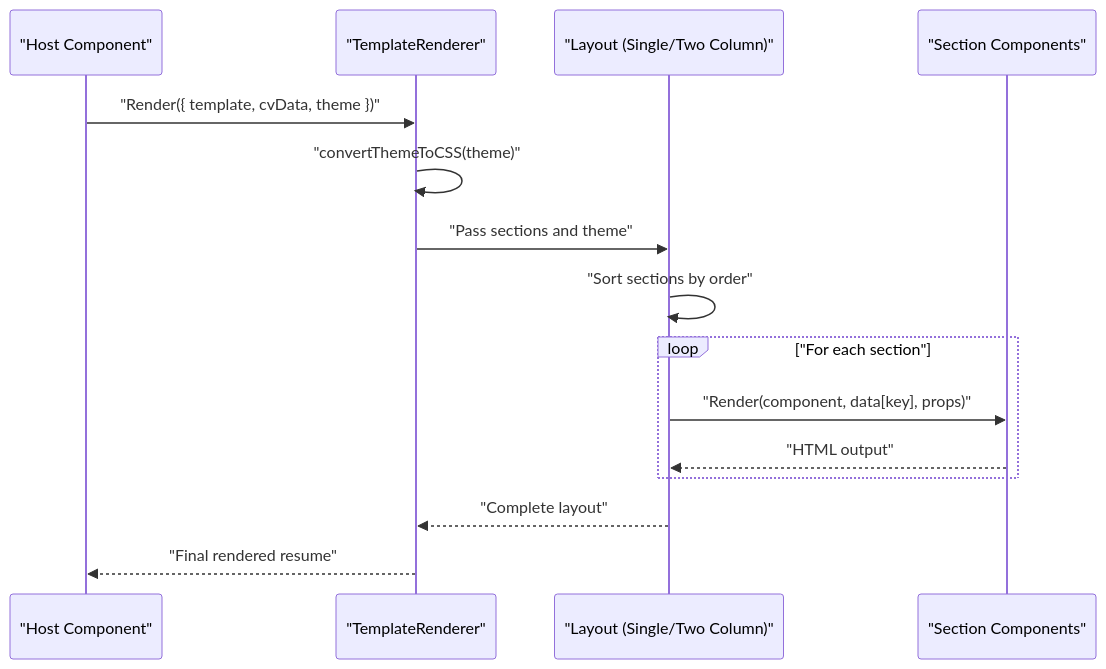
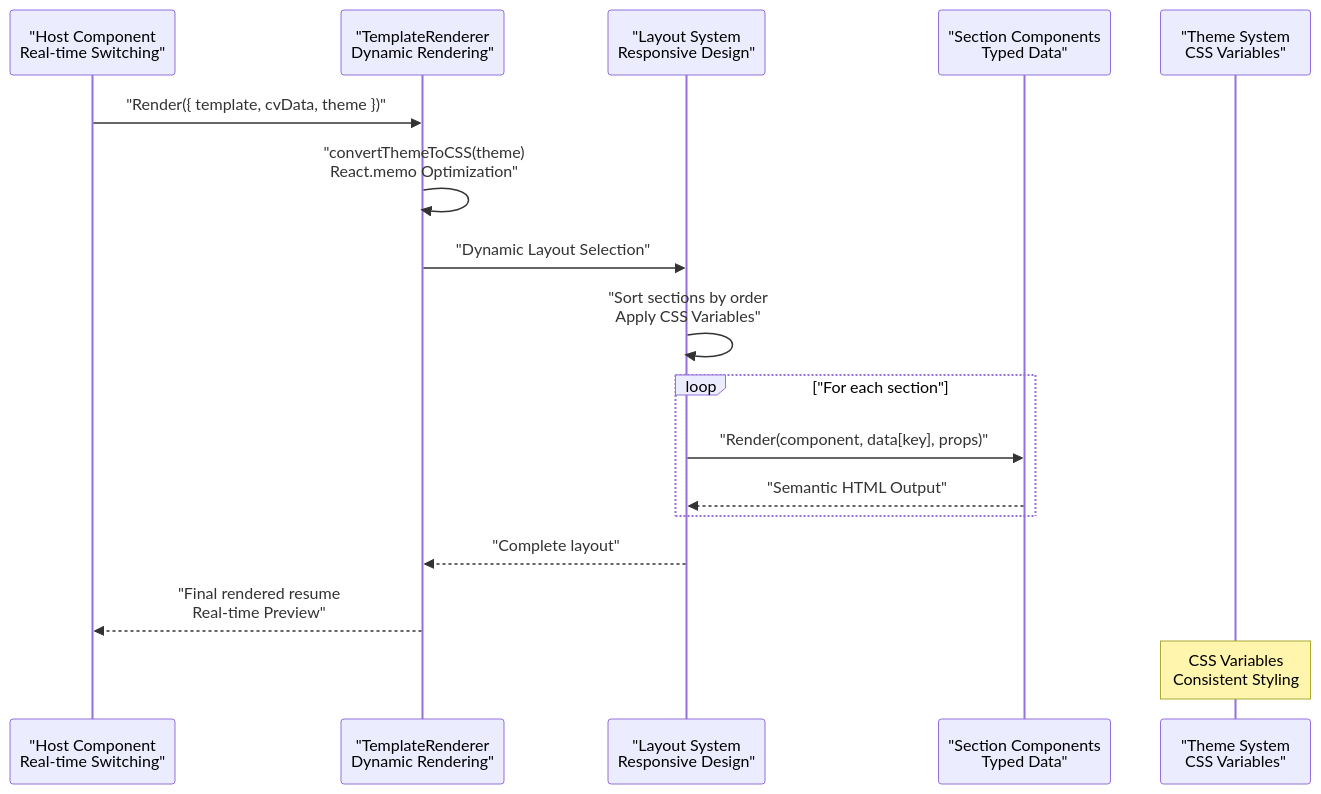
The second of 6 diagrams in .qoder/repowiki/en/content/Template Engine/Template Engine.md (DoVuDung/cv-portfolio-builder), drawn with Mermaid before and after one commit. The commit also changed other lines of this file and 26 other files, not shown here.

First line of the commit message:
docs(agent): update AI Agent System with MCP tool architecture and CV Builder integration

````diff
--- a/.qoder/repowiki/en/content/Template Engine/Template Engine.md
+++ b/.qoder/repowiki/en/content/Template Engine/Template Engine.md
@@ -159,17 +161,19 @@
 ```mermaid
 sequenceDiagram
-participant Host as "Host Component"
-participant TR as "TemplateRenderer"
-participant L as "Layout (Single/Two Column)"
-participant S as "Section Components"
+participant Host as "Host Component<br/>Real-time Switching"
+participant TR as "TemplateRenderer<br/>Dynamic Rendering"
+participant L as "Layout System<br/>Responsive Design"
+participant S as "Section Components<br/>Typed Data"
+participant Theme as "Theme System<br/>CSS Variables"
 Host->>TR : "Render({ template, cvData, theme })"
-TR->>TR : "convertThemeToCSS(theme)"
-TR->>L : "Pass sections and theme"
-L->>L : "Sort sections by order"
+TR->>TR : "convertThemeToCSS(theme)<br/>React.memo Optimization"
+TR->>L : "Dynamic Layout Selection"
+L->>L : "Sort sections by order<br/>Apply CSS Variables"
 loop "For each section"
 L->>S : "Render(component, data[key], props)"
-S-->>L : "HTML output"
+S-->>L : "Semantic HTML Output"
 end
 L-->>TR : "Complete layout"
-TR-->>Host : "Final rendered resume"
+TR-->>Host : "Final rendered resume<br/>Real-time Preview"
+Note over Theme : CSS Variables<br/>Consistent Styling
 ```
````
